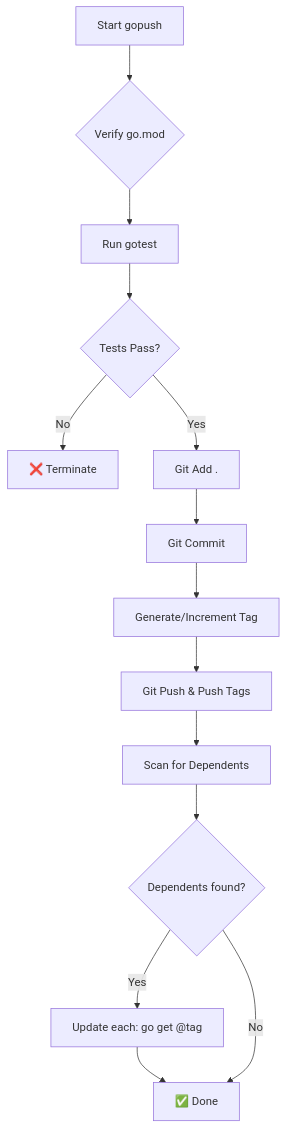
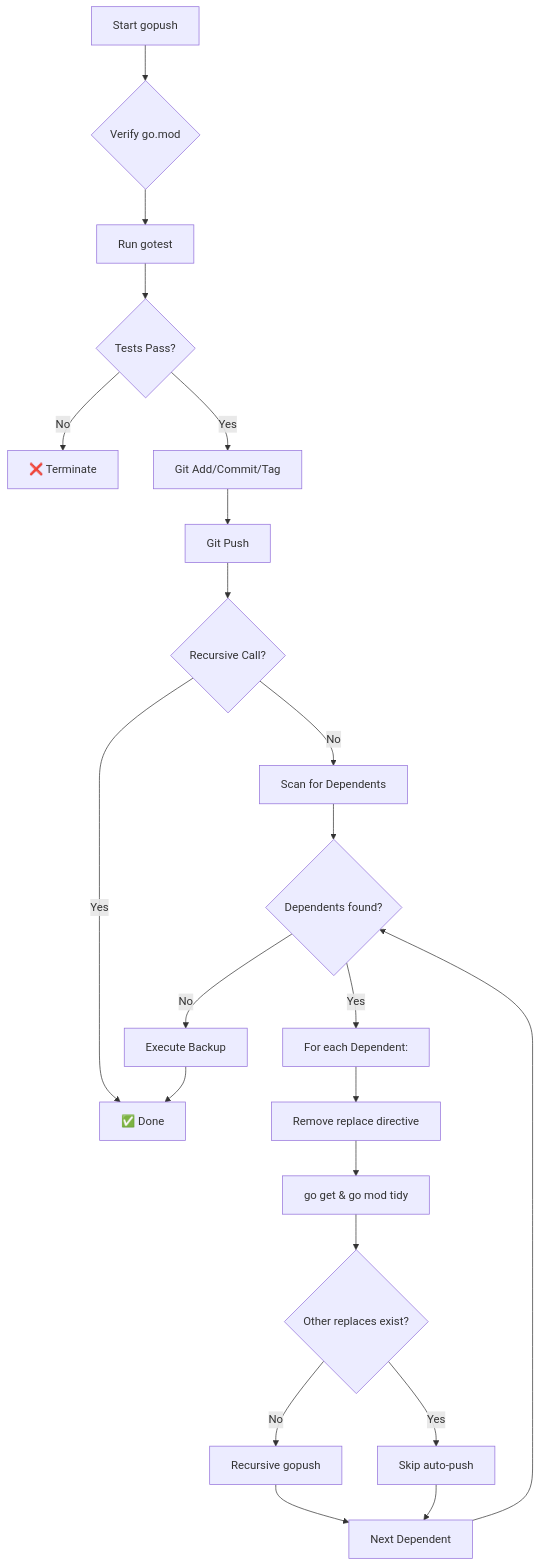
Before and after one commit to tinywasm/devflow: the diagram in docs/GOPUSH.md, drawn with Mermaid. The commit also changed 1 other file, not shown here.

````diff
--- a/docs/GOPUSH.md
+++ b/docs/GOPUSH.md
@@ -31,16 +31,24 @@
 ```mermaid
 graph TD
     A[Start gopush] --> B{Verify go.mod}
     B --> C[Run gotest]
     C --> D{Tests Pass?}
     D -- No --> E[❌ Terminate]
-    D -- Yes --> F[Git Add .]
-    F --> G[Git Commit]
-    G --> H[Generate/Increment Tag]
-    H --> I[Git Push & Push Tags]
-    I --> J[Scan for Dependents]
-    J --> K{Dependents found?}
-    K -- Yes --> L[Update each: go get @tag]
-    L --> M[✅ Done]
-    K -- No --> M
+    D -- Yes --> F[Git Add/Commit/Tag]
+    F --> G[Git Push]
+    G --> H{Recursive Call?}
+    H -- Yes --> M[✅ Done]
+    H -- No --> I[Scan for Dependents]
+    I --> J{Dependents found?}
+    J -- Yes --> K[For each Dependent:]
+    K --> K1[Remove replace directive]
+    K1 --> K2[go get & go mod tidy]
+    K2 --> K3{Other replaces exist?}
+    K3 -- No --> K4[Recursive gopush]
+    K3 -- Yes --> K5[Skip auto-push]
+    K4 --> Z[Next Dependent]
+    K5 --> Z
+    Z --> J
+    J -- No --> L[Execute Backup]
+    L --> M
 ```
````
